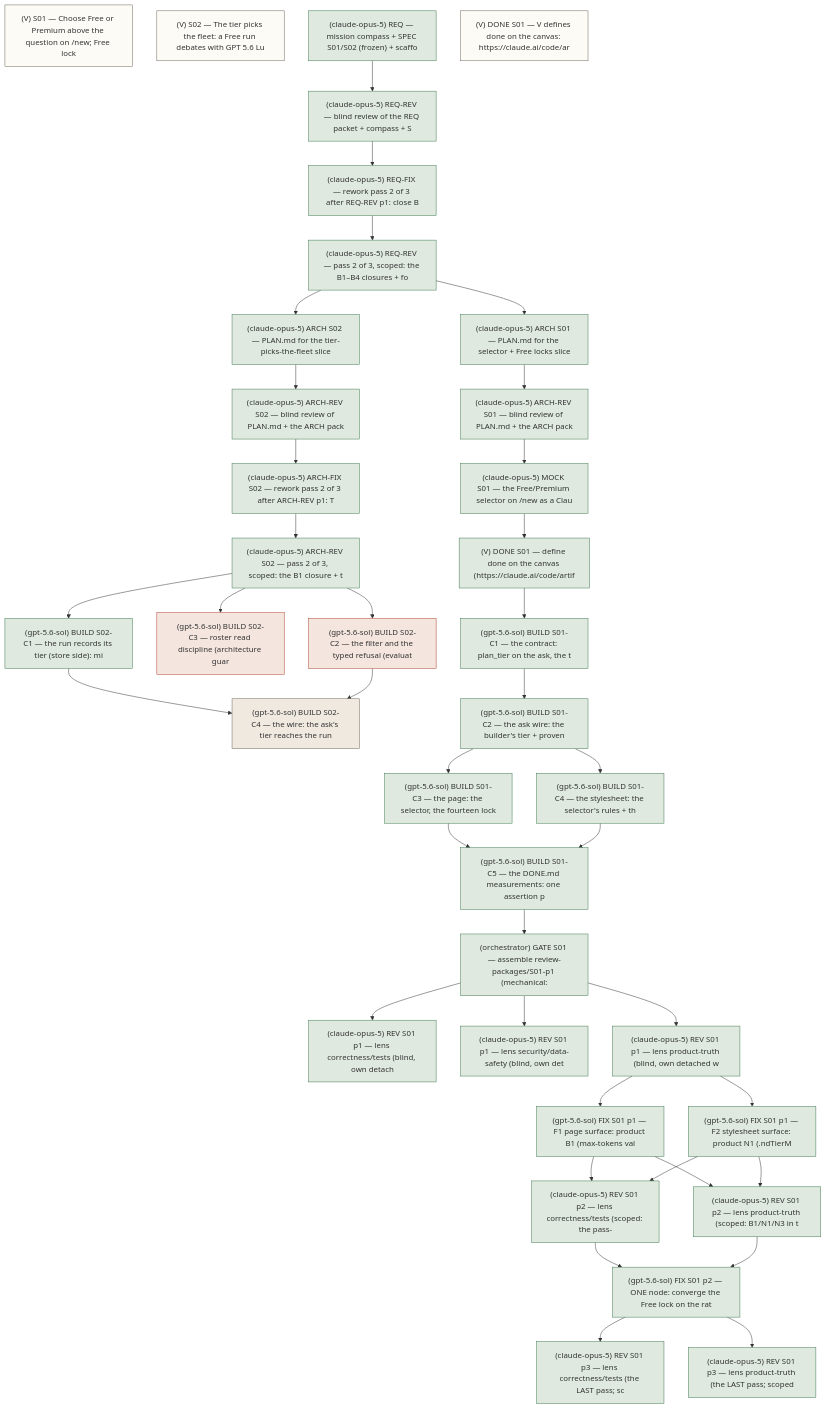
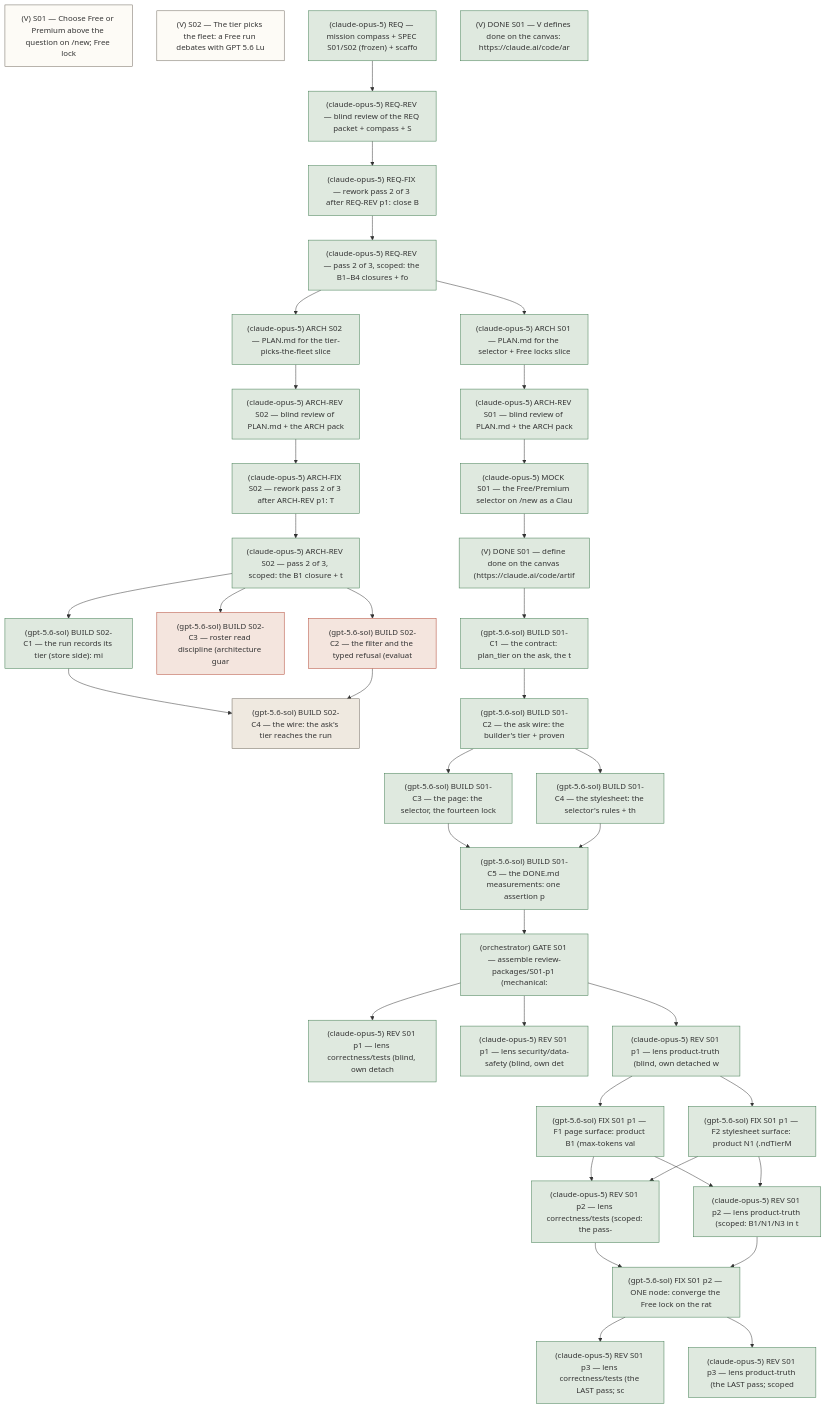
One commit to DebateAIRO/debateairo changed the diagram in dialectical-engine/.hermes/reports/debate-tiers/mission-graph-nodes.mmd. Above: the diagram before and after it, drawn with Mermaid. The commit also changed 3 other files, not shown here.

Commit message:
docs(debate-tiers): the graph re-rendered after linking every finding under its node

```diff
--- a/dialectical-engine/.hermes/reports/debate-tiers/mission-graph-nodes.mmd
+++ b/dialectical-engine/.hermes/reports/debate-tiers/mission-graph-nodes.mmd
@@ -1,80 +1,80 @@
 flowchart TB
   t_11abead2["(V) S01 — Choose Free or Premium above the question on /new; Free lock"]:::ready
   t_e4b4ab3a["(V) S02 — The tier picks the fleet: a Free run debates with GPT 5.6 Lu"]:::ready
   t_cb9482de["(claude-opus-5) REQ — mission compass + SPEC S01/S02 (frozen) + scaffo"]:::done
   t_e95f08a5["(claude-opus-5) REQ-REV — blind review of the REQ packet + compass + S"]:::done
   t_a4a6ea69["(claude-opus-5) REQ-FIX — rework pass 2 of 3 after REQ-REV p1: close B"]:::done
   t_485d6613["(claude-opus-5) REQ-REV — pass 2 of 3, scoped: the B1–B4 closures + fo"]:::done
   t_dfd8f52d["(claude-opus-5) ARCH S01 — PLAN.md for the selector + Free locks slice"]:::done
   t_57d602a5["(claude-opus-5) ARCH S02 — PLAN.md for the tier-picks-the-fleet slice "]:::done
   t_0e278df0["(claude-opus-5) ARCH-REV S01 — blind review of PLAN.md + the ARCH pack"]:::done
   t_08c8abe2["(claude-opus-5) ARCH-REV S02 — blind review of PLAN.md + the ARCH pack"]:::done
   t_ffb56aba["(claude-opus-5) ARCH-FIX S02 — rework pass 2 of 3 after ARCH-REV p1: T"]:::done
   t_1dc7049a["(claude-opus-5) ARCH-REV S02 — pass 2 of 3, scoped: the B1 closure + t"]:::done
   t_54027d98["(claude-opus-5) MOCK S01 — the Free/Premium selector on /new as a Clau"]:::done
-  t_f05c54bd["(V) DONE S01 — V defines done on the canvas: https://claude.ai/code/ar"]:::ready
+  t_f05c54bd["(V) DONE S01 — V defines done on the canvas: https://claude.ai/code/ar"]:::done
   t_e82bc6b0["(V) DONE S01 — define done on the canvas (https://claude.ai/code/artif"]:::done
   t_422678f3["(gpt-5.6-sol) BUILD S02-C1 — the run records its tier (store side): mi"]:::done
   t_7273eea5["(gpt-5.6-sol) BUILD S02-C3 — roster read discipline (architecture guar"]:::blocked
   t_1675b61f["(gpt-5.6-sol) BUILD S02-C2 — the filter and the typed refusal (evaluat"]:::blocked
   t_05227ae2["(gpt-5.6-sol) BUILD S02-C4 — the wire: the ask's tier reaches the run "]:::todo
   t_a682a931["(gpt-5.6-sol) BUILD S01-C1 — the contract: plan_tier on the ask, the t"]:::done
   t_085d4fa4["(gpt-5.6-sol) BUILD S01-C2 — the ask wire: the builder's tier + proven"]:::done
   t_d1dc1913["(gpt-5.6-sol) BUILD S01-C3 — the page: the selector, the fourteen lock"]:::done
   t_cd5642d0["(gpt-5.6-sol) BUILD S01-C4 — the stylesheet: the selector's rules + th"]:::done
   t_6e2413b7["(gpt-5.6-sol) BUILD S01-C5 — the DONE.md measurements: one assertion p"]:::done
   t_7be7acf3["(orchestrator) GATE S01 — assemble review-packages/S01-p1 (mechanical:"]:::done
   t_df524f91["(claude-opus-5) REV S01 p1 — lens correctness/tests (blind, own detach"]:::done
   t_660e86e5["(claude-opus-5) REV S01 p1 — lens security/data-safety (blind, own det"]:::done
   t_8ea6c036["(claude-opus-5) REV S01 p1 — lens product-truth (blind, own detached w"]:::done
   t_db4c7267["(gpt-5.6-sol) FIX S01 p1 — F1 page surface: product B1 (max-tokens val"]:::done
   t_95c01e3d["(gpt-5.6-sol) FIX S01 p1 — F2 stylesheet surface: product N1 (.ndTierM"]:::done
   t_f8494fff["(claude-opus-5) REV S01 p2 — lens correctness/tests (scoped: the pass-"]:::done
   t_4fcba563["(claude-opus-5) REV S01 p2 — lens product-truth (scoped: B1/N1/N3 in t"]:::done
   t_62644380["(gpt-5.6-sol) FIX S01 p2 — ONE node: converge the Free lock on the rat"]:::done
   t_479e4751["(claude-opus-5) REV S01 p3 — lens correctness/tests (the LAST pass; sc"]:::done
   t_19085d3f["(claude-opus-5) REV S01 p3 — lens product-truth (the LAST pass; scoped"]:::done
   t_cb9482de --> t_e95f08a5
   t_e95f08a5 --> t_a4a6ea69
   t_a4a6ea69 --> t_485d6613
   t_485d6613 --> t_dfd8f52d
   t_485d6613 --> t_57d602a5
   t_dfd8f52d --> t_0e278df0
   t_57d602a5 --> t_08c8abe2
   t_08c8abe2 --> t_ffb56aba
   t_ffb56aba --> t_1dc7049a
   t_0e278df0 --> t_54027d98
   t_54027d98 --> t_e82bc6b0
   t_1dc7049a --> t_422678f3
   t_1dc7049a --> t_7273eea5
   t_1dc7049a --> t_1675b61f
   t_422678f3 --> t_05227ae2
   t_1675b61f --> t_05227ae2
   t_e82bc6b0 --> t_a682a931
   t_a682a931 --> t_085d4fa4
   t_085d4fa4 --> t_d1dc1913
   t_085d4fa4 --> t_cd5642d0
   t_d1dc1913 --> t_6e2413b7
   t_cd5642d0 --> t_6e2413b7
   t_6e2413b7 --> t_7be7acf3
   t_7be7acf3 --> t_df524f91
   t_7be7acf3 --> t_660e86e5
   t_7be7acf3 --> t_8ea6c036
   t_8ea6c036 --> t_db4c7267
   t_8ea6c036 --> t_95c01e3d
   t_db4c7267 --> t_f8494fff
   t_95c01e3d --> t_f8494fff
   t_db4c7267 --> t_4fcba563
   t_95c01e3d --> t_4fcba563
   t_f8494fff --> t_62644380
   t_4fcba563 --> t_62644380
   t_62644380 --> t_479e4751
   t_62644380 --> t_19085d3f
   classDef done fill:#dfe9df,stroke:#3E7A4E
   classDef running fill:#f3ece0,stroke:#A8823E
   classDef ready fill:#fdfbf6,stroke:#6E675C
   classDef review fill:#e6e8e8,stroke:#3D5A80
   classDef blocked fill:#f4e5de,stroke:#B0432F
   classDef todo fill:#efe9e0,stroke:#6E675C
   classDef scheduled fill:#efe9e0,stroke:#6E675C
   classDef triage fill:#efe9e0,stroke:#6E675C
```
